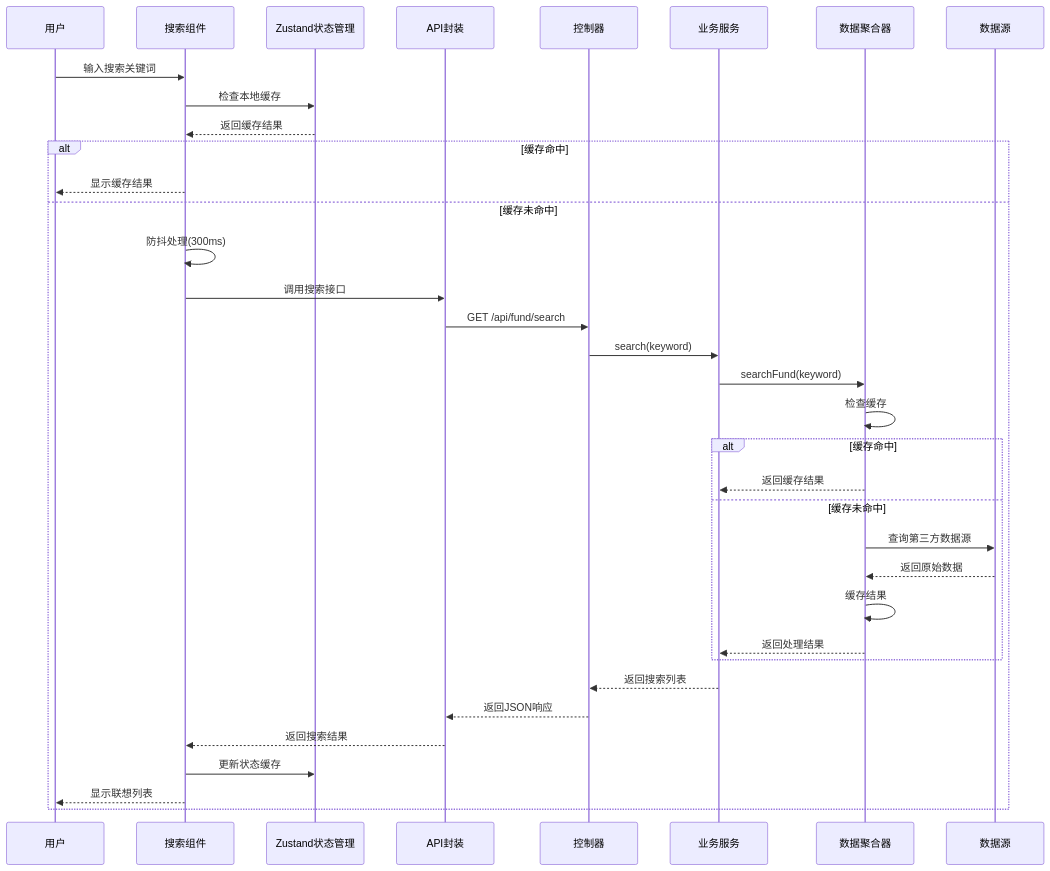
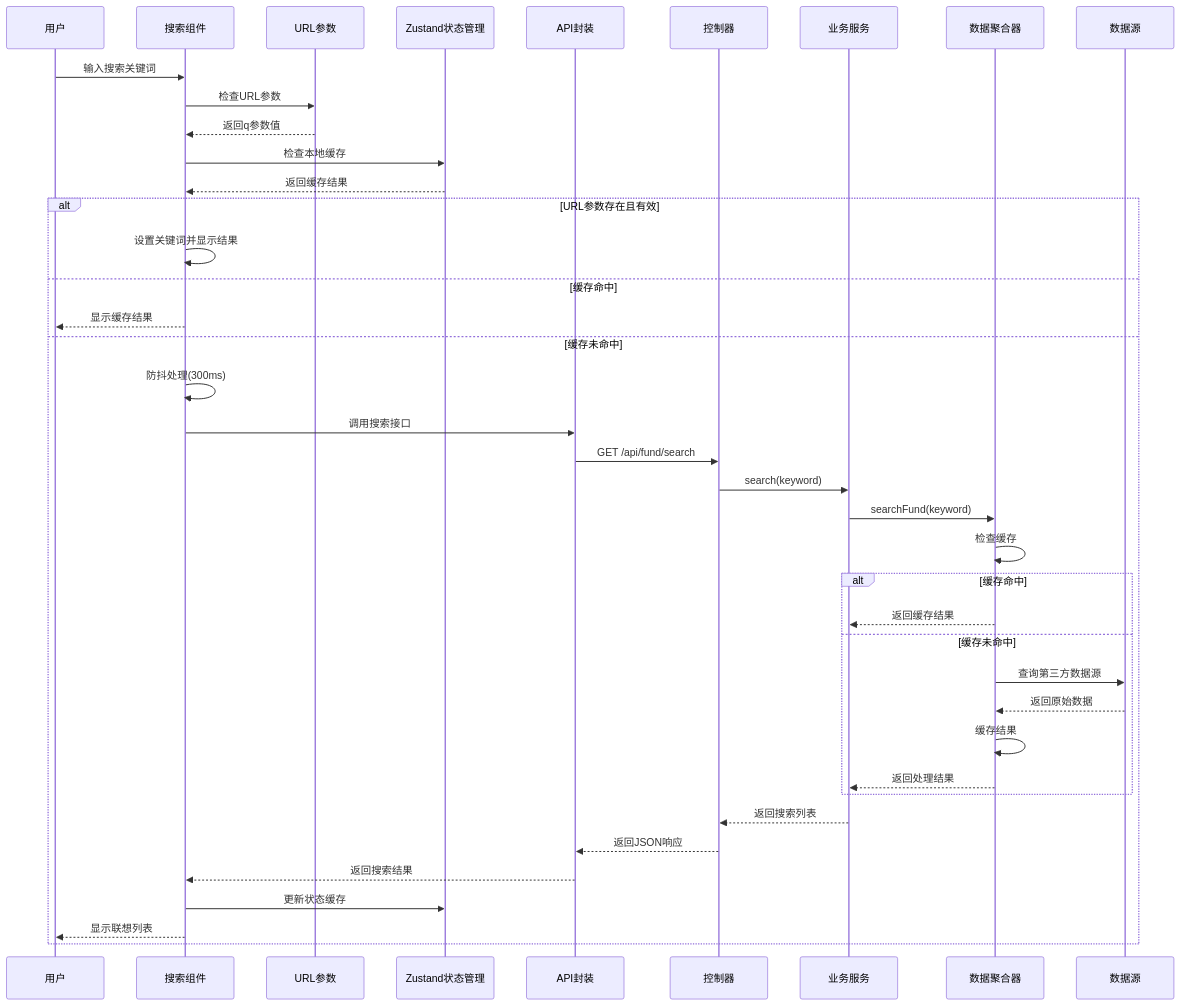
Before and after one commit to gree-coder/fund-butler: the second of 9 diagrams in .qoder/repowiki/zh/content/核心功能开发/搜索功能优化.md, drawn with Mermaid. The commit also changed other lines of this file and 12 other files, not shown here.

````diff
--- a/.qoder/repowiki/zh/content/核心功能开发/搜索功能优化.md
+++ b/.qoder/repowiki/zh/content/核心功能开发/搜索功能优化.md
@@ -119,37 +121,42 @@
 ```mermaid
 sequenceDiagram
 participant User as 用户
 participant SearchBar as 搜索组件
+participant URL as URL参数
 participant Store as Zustand状态管理
 participant API as API封装
 participant Controller as 控制器
 participant Service as 业务服务
 participant Aggregator as 数据聚合器
 participant DataSource as 数据源
 User->>SearchBar : 输入搜索关键词
+SearchBar->>URL : 检查URL参数
+URL-->>SearchBar : 返回q参数值
 SearchBar->>Store : 检查本地缓存
 Store-->>SearchBar : 返回缓存结果
-alt 缓存命中
+alt URL参数存在且有效
+SearchBar->>SearchBar : 设置关键词并显示结果
+else 缓存命中
 SearchBar-->>User : 显示缓存结果
 else 缓存未命中
 SearchBar->>SearchBar : 防抖处理(300ms)
 SearchBar->>API : 调用搜索接口
 API->>Controller : GET /api/fund/search
 Controller->>Service : search(keyword)
 Service->>Aggregator : searchFund(keyword)
 Aggregator->>Aggregator : 检查缓存
 alt 缓存命中
 Aggregator-->>Service : 返回缓存结果
 else 缓存未命中
 Aggregator->>DataSource : 查询第三方数据源
 DataSource-->>Aggregator : 返回原始数据
 Aggregator->>Aggregator : 缓存结果
 Aggregator-->>Service : 返回处理结果
 end
 Service-->>Controller : 返回搜索列表
 Controller-->>API : 返回JSON响应
 API-->>SearchBar : 返回搜索结果
 SearchBar->>Store : 更新状态缓存
 SearchBar-->>User : 显示联想列表
 end
 ```
````
